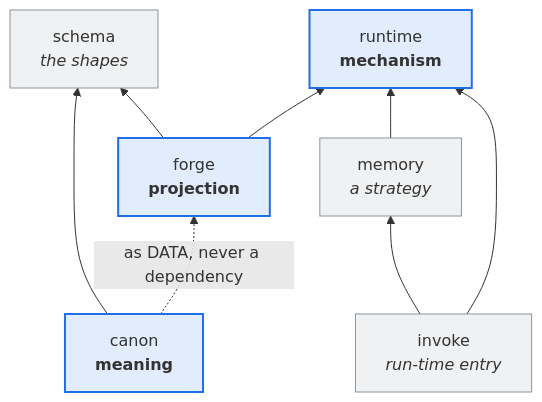
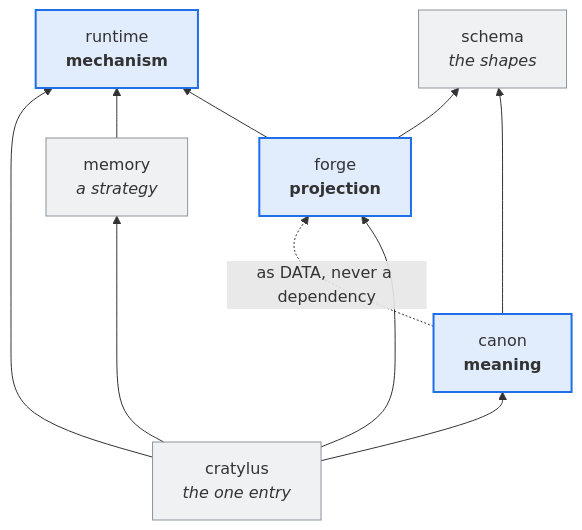
One commit to leclabs/cratylus changed the diagram in ARCHITECTURE.md. Above: the diagram before and after it, drawn with Mermaid. The commit also changed other lines of this file and 4 other files, not shown here.

First line of the commit message:
docs: the retired `invoke` name stops appearing as a live claim, and canon is in the publish set

````diff
--- a/ARCHITECTURE.md
+++ b/ARCHITECTURE.md
@@ -159,23 +159,25 @@
 ```mermaid
 graph BT
     schema["schema<br/><i>the shapes</i>"]
     canon["canon<br/><b>meaning</b>"]
     runtime["runtime<br/><b>mechanism</b>"]
     forge["forge<br/><b>projection</b>"]
     memory["memory<br/><i>a strategy</i>"]
-    invoke["invoke<br/><i>run-time entry</i>"]
+    cli["cratylus<br/><i>the one entry</i>"]
 
     canon --> schema
     forge --> schema
     forge --> runtime
     memory --> runtime
-    invoke --> runtime
-    invoke --> memory
+    cli --> runtime
+    cli --> memory
+    cli --> forge
+    cli --> canon
 
     canon -. "as DATA, never a dependency" .-> forge
 
     classDef concern fill:#1f6feb22,stroke:#1f6feb,stroke-width:2px
     classDef support fill:#8b949e22,stroke:#8b949e
     class canon,runtime,forge concern
-    class schema,memory,invoke support
+    class schema,memory,cli support
 ```
````
